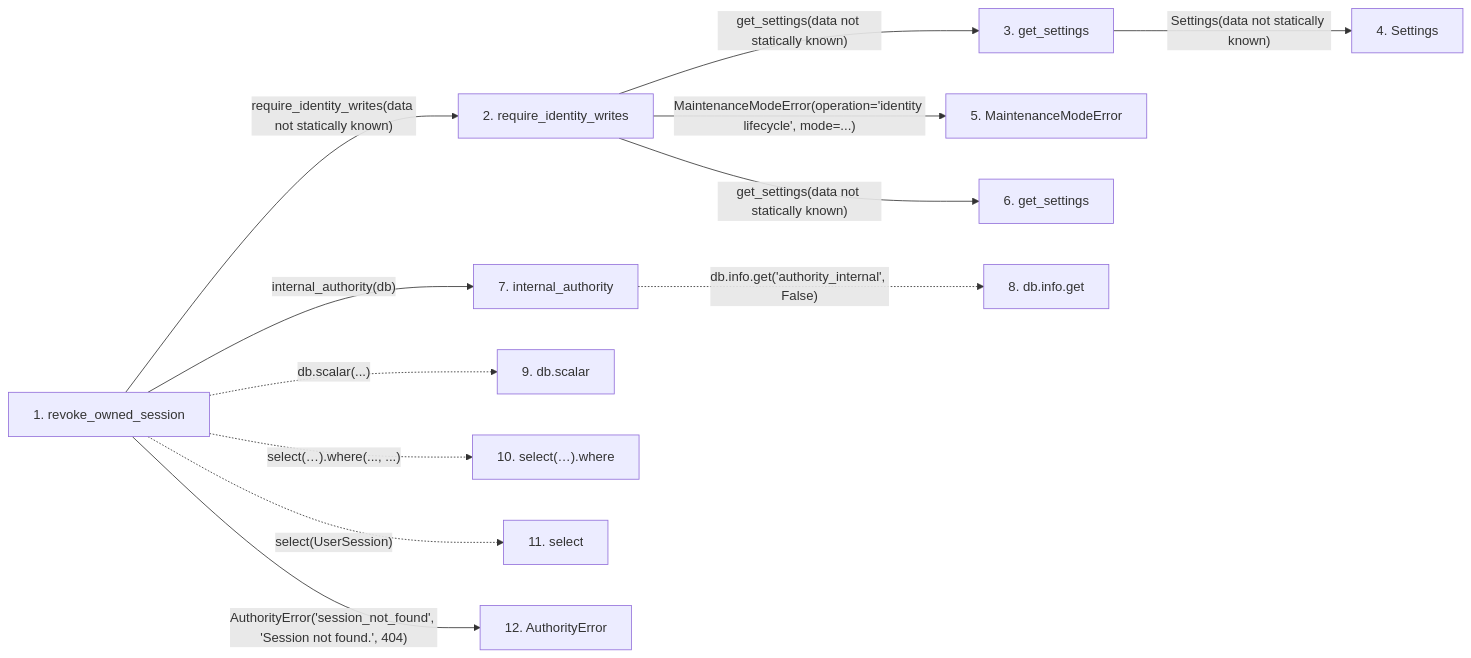
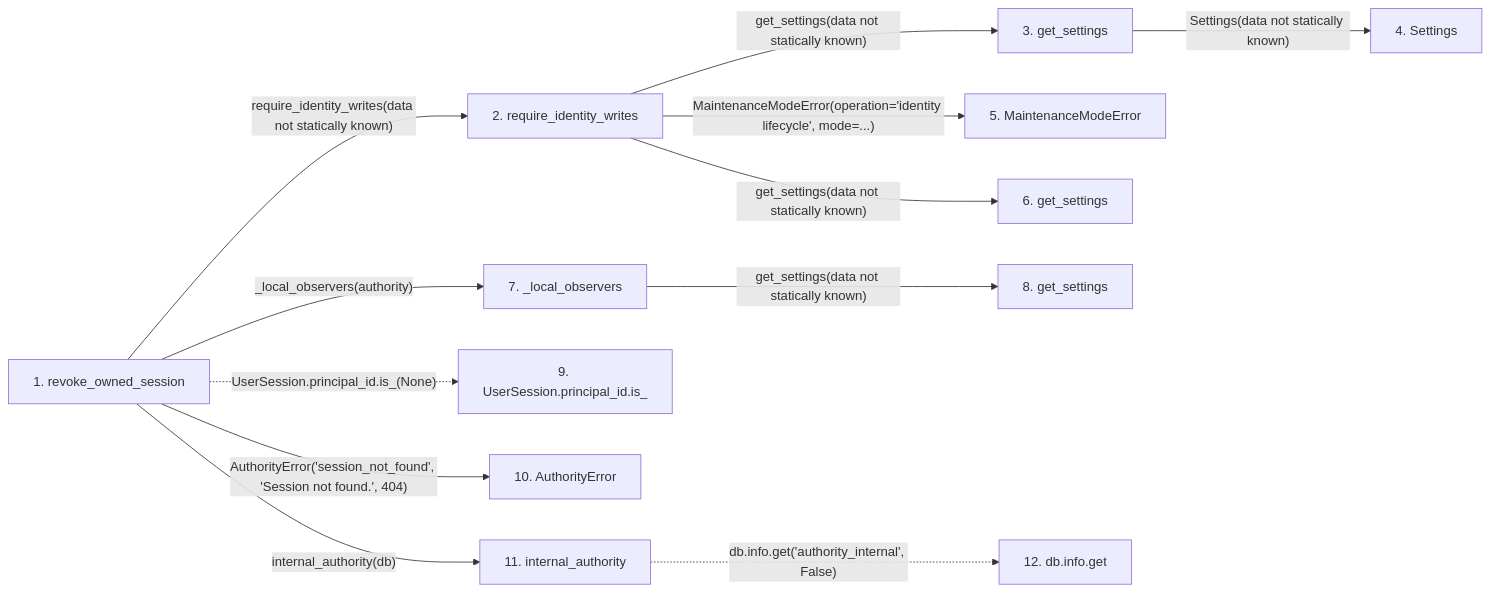
Before and after one commit to Denissvgn/WorkChord: the second of 2 diagrams in docs/llm_wiki/flows/http-revoke_owned_session.md, drawn with Mermaid. The commit also changed other lines of this file and 1048 other files, not shown here.

````diff
--- a/docs/llm_wiki/flows/http-revoke_owned_session.md
+++ b/docs/llm_wiki/flows/http-revoke_owned_session.md
@@ -86,34 +92,36 @@
 ```mermaid
 flowchart LR
     s1["1. revoke_owned_session"]
     s2["2. require_identity_writes"]
     s3["3. get_settings"]
     s4["4. Settings"]
     s5["5. MaintenanceModeError"]
     s6["6. get_settings"]
-    s7["7. internal_authority"]
-    s8["8. db.info.get"]
-    s9["9. db.scalar"]
-    s10["10. select(…).where"]
-    s11["11. select"]
-    s12["12. AuthorityError"]
+    s7["7. _local_observers"]
+    s8["8. get_settings"]
+    s9["9. UserSession.principal_id.is_"]
+    s10["10. AuthorityError"]
+    s11["11. internal_authority"]
+    s12["12. db.info.get"]
     s1 -->|"require_identity_writes(data not statically known)"| s2
     s2 -->|"get_settings(data not statically known)"| s3
     s3 -->|"Settings(data not statically known)"| s4
     s2 -->|"MaintenanceModeError(operation='identity lifecycle', mode=...)"| s5
     s2 -->|"get_settings(data not statically known)"| s6
-    s1 -->|"internal_authority(db)"| s7
-    s7 -. "db.info.get('authority_internal', False)" .-> s8
-    s1 -. "db.scalar(...)" .-> s9
-    s1 -. "select(…).where(..., ...)" .-> s10
-    s1 -. "select(UserSession)" .-> s11
-    s1 -->|"AuthorityError('session_not_found', 'Session not found.', 404)"| s12
+    s1 -->|"_local_observers(authority)"| s7
+    s7 -->|"get_settings(data not statically known)"| s8
+    s1 -. "UserSession.principal_id.is_(None)" .-> s9
+    s1 -->|"AuthorityError('session_not_found', 'Session not found.', 404)"| s10
+    s1 -->|"internal_authority(db)"| s11
+    s11 -. "db.info.get('authority_internal', False)" .-> s12
     click s1 "../modules/routers_identity.md"
     click s2 "../modules/identity_service.md"
     click s3 "../modules/config.md"
     click s4 "../modules/config.md"
     click s5 "../modules/maintenance.md"
     click s6 "../modules/config.md"
-    click s7 "../modules/authority.md"
-    click s12 "../modules/authority.md"
+    click s7 "../modules/routers_identity.md"
+    click s8 "../modules/config.md"
+    click s10 "../modules/authority.md"
+    click s11 "../modules/authority.md"
 ```
````
